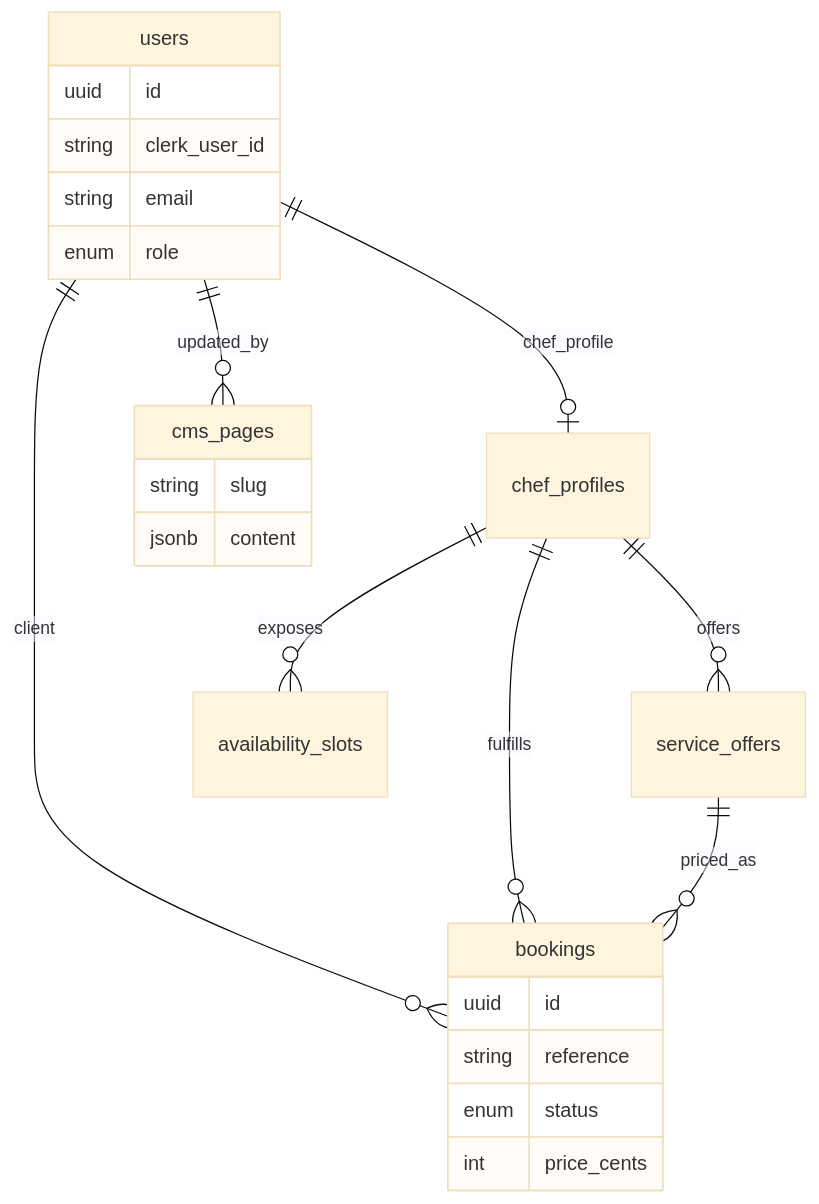
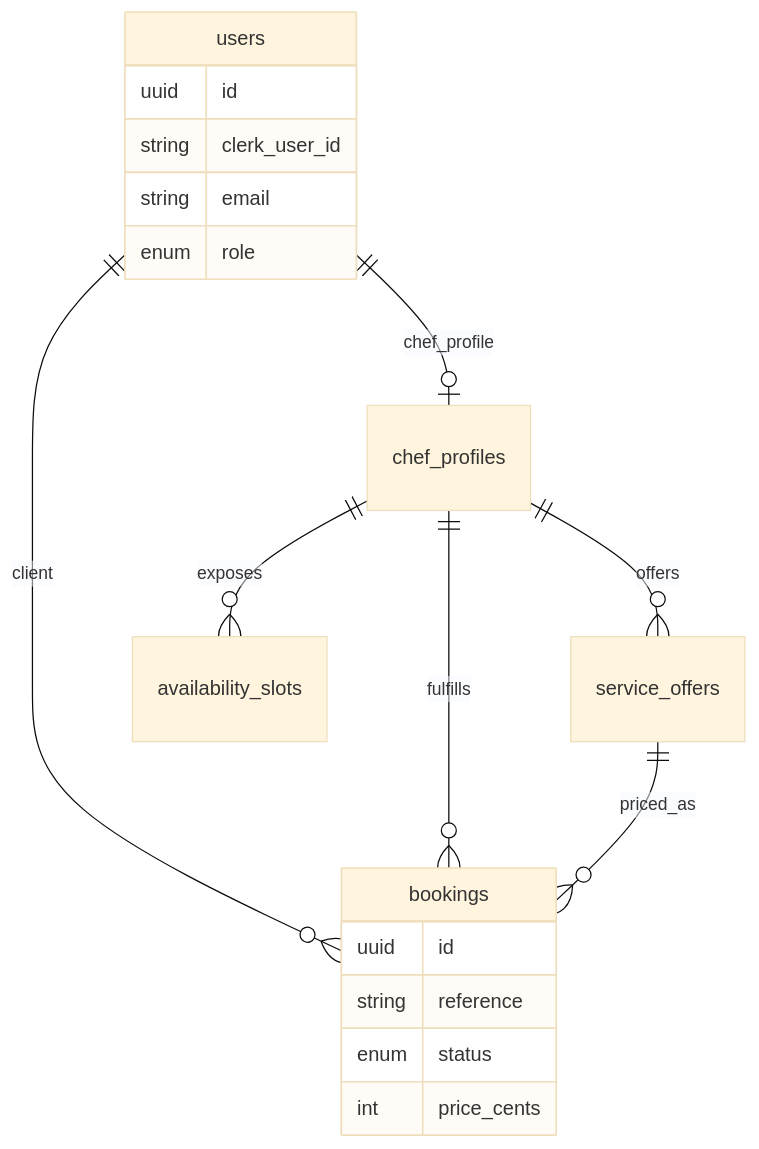
One commit to LabsFood/LF-BackEnd changed the first of 3 diagrams in docs/architecture.md. Above: the diagram before and after it, drawn with Mermaid (base theme). The commit also changed other lines of this file and 37 other files, not shown here.

````diff
--- a/docs/architecture.md
+++ b/docs/architecture.md
@@ -115,27 +109,22 @@
 ```mermaid
 erDiagram
     users ||--o| chef_profiles : "chef_profile"
     users ||--o{ bookings : "client"
     chef_profiles ||--o{ service_offers : "offers"
     chef_profiles ||--o{ availability_slots : "exposes"
     chef_profiles ||--o{ bookings : "fulfills"
     service_offers ||--o{ bookings : "priced_as"
-    users ||--o{ cms_pages : "updated_by"
 
     users {
       uuid id
       string clerk_user_id
       string email
       enum role
     }
     bookings {
       uuid id
       string reference
       enum status
       int price_cents
     }
-    cms_pages {
-      string slug
-      jsonb content
-    }
 ```
````
